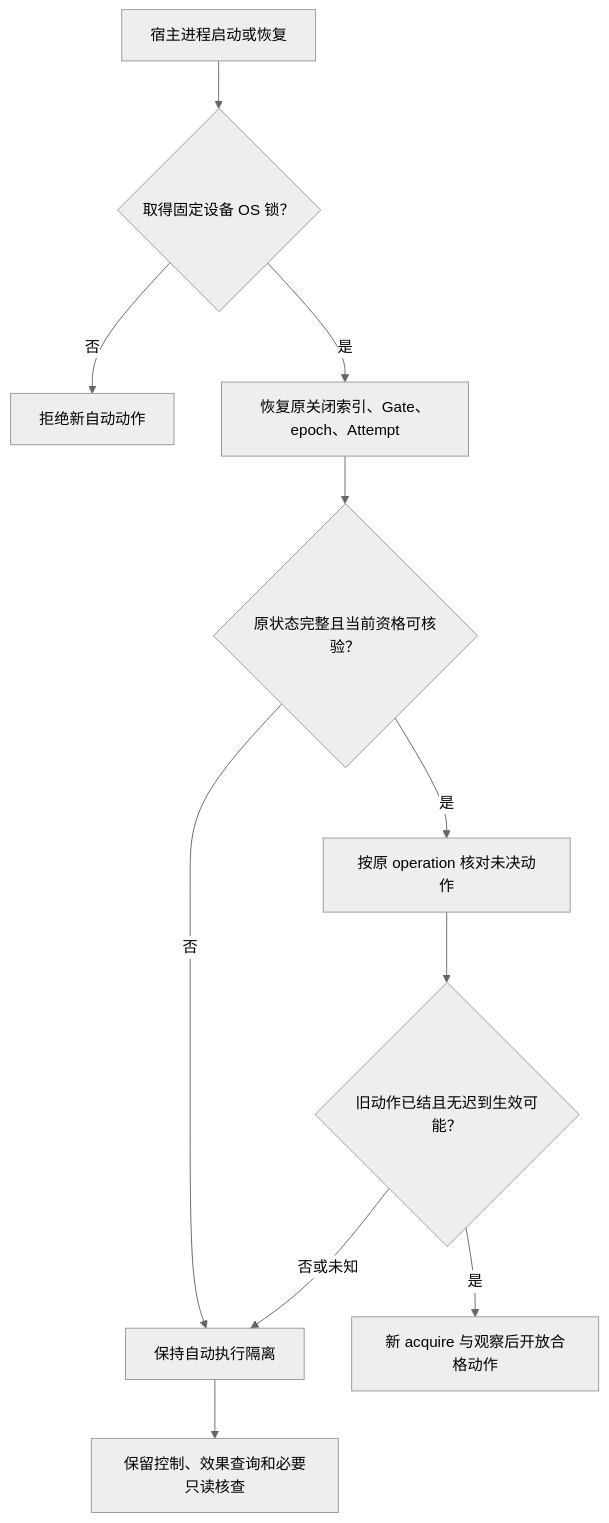
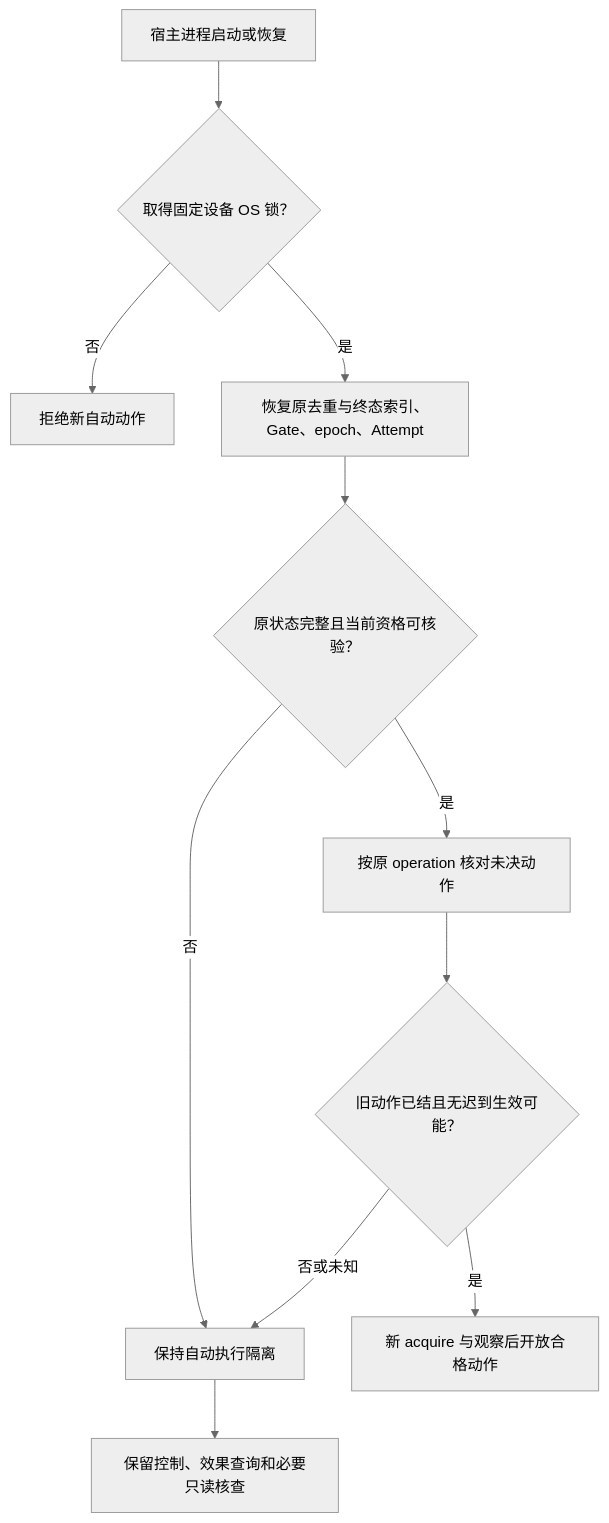
One commit to ruipengliu/lerna changed the fourth of 4 diagrams in docs/architecture/execution/implementation.md. Above: the diagram before and after it, drawn with Mermaid (neutral theme). The commit also changed other lines of this file and 205 other files, not shown here.

Commit message:
docs: unify architecture terminology

````diff
--- a/docs/architecture/execution/implementation.md
+++ b/docs/architecture/execution/implementation.md
@@ -375,13 +375,13 @@
 ```mermaid
 flowchart TD
     S[宿主进程启动或恢复] --> L{取得固定设备 OS 锁？}
     L -->|否| X[拒绝新自动动作]
-    L -->|是| D[恢复原关闭索引、Gate、epoch、Attempt]
+    L -->|是| D[恢复原去重与终态索引、Gate、epoch、Attempt]
     D --> V{原状态完整且当前资格可核验？}
     V -->|否| Q[保持自动执行隔离]
     V -->|是| R[按原 operation 核对未决动作]
     R --> F{旧动作已结且无迟到生效可能？}
     F -->|否或未知| Q
     F -->|是| O[新 acquire 与观察后开放合格动作]
     Q --> M[保留控制、效果查询和必要只读核查]
 ```
````
